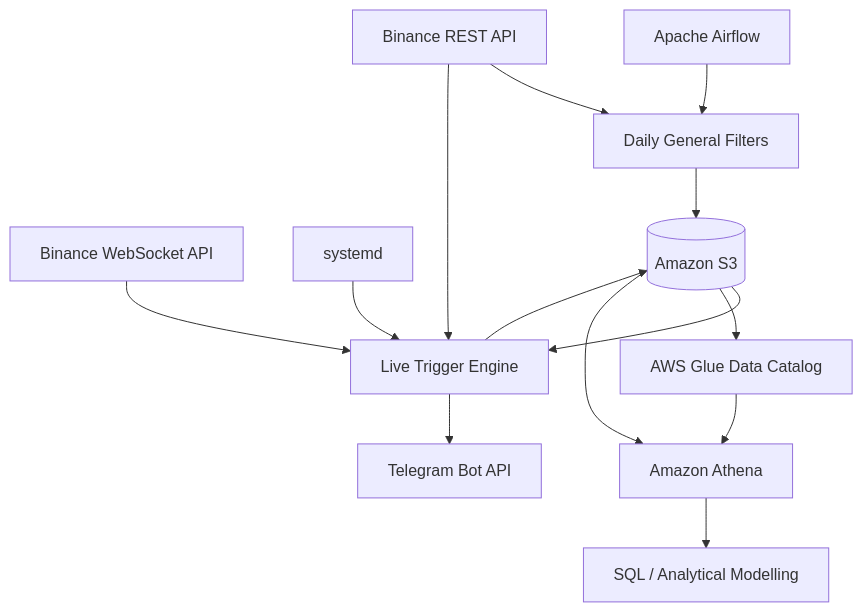
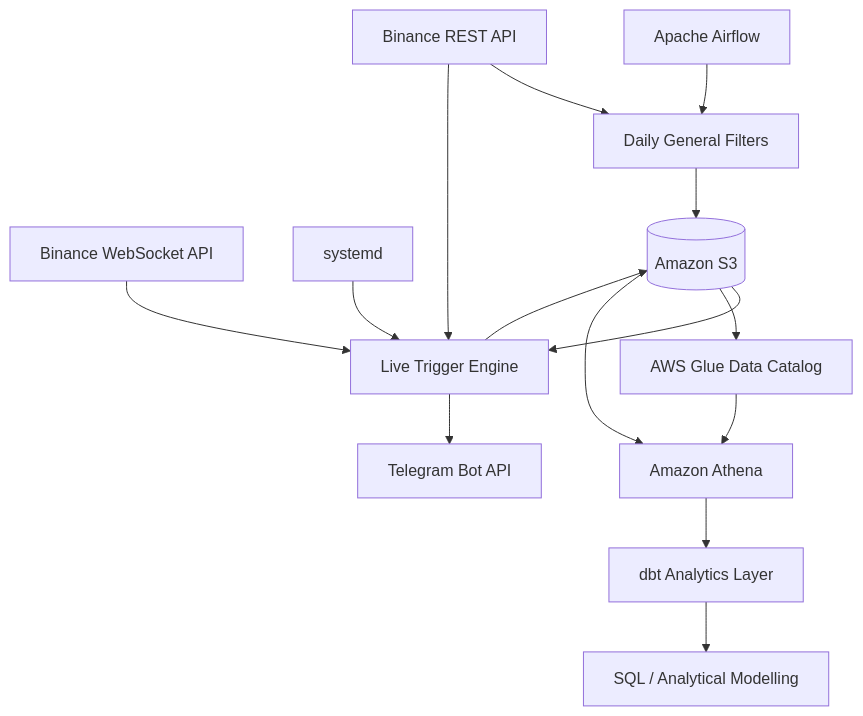
One commit to ybzenchenko/tg_alerts changed the diagram in README.md. Above: the diagram before and after it, drawn with Mermaid. The commit also changed other lines of this file, not shown here.

````diff
--- a/README.md
+++ b/README.md
@@ -30,34 +30,36 @@
 ```mermaid
 flowchart TD
     REST[Binance REST API]
     WS[Binance WebSocket API]
 
     AIRFLOW[Apache Airflow]
     FILTERS[Daily General Filters]
     LIVE[Live Trigger Engine]
     SYSTEMD[systemd]
 
     S3[(Amazon S3)]
     TG[Telegram Bot API]
 
     GLUE[AWS Glue Data Catalog]
     ATHENA[Amazon Athena]
+    DBT[dbt Analytics Layer]
     ANALYSIS[SQL / Analytical Modelling]
 
     AIRFLOW --> FILTERS
     REST --> FILTERS
     FILTERS --> S3
 
     S3 --> LIVE
     WS --> LIVE
     REST --> LIVE
     SYSTEMD --> LIVE
 
     LIVE --> S3
     LIVE --> TG
 
     S3 --> GLUE
     GLUE --> ATHENA
     S3 --> ATHENA
-    ATHENA --> ANALYSIS
+    ATHENA --> DBT
+    DBT --> ANALYSIS
 ```
````
